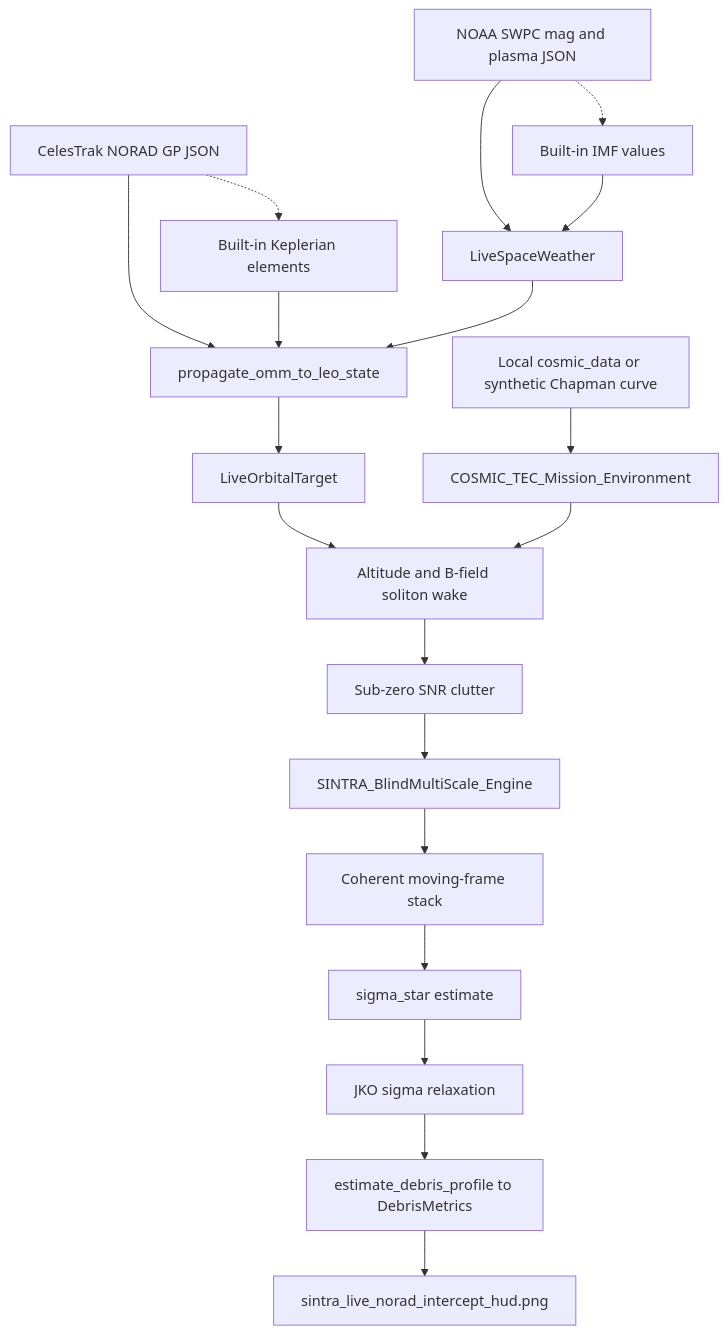
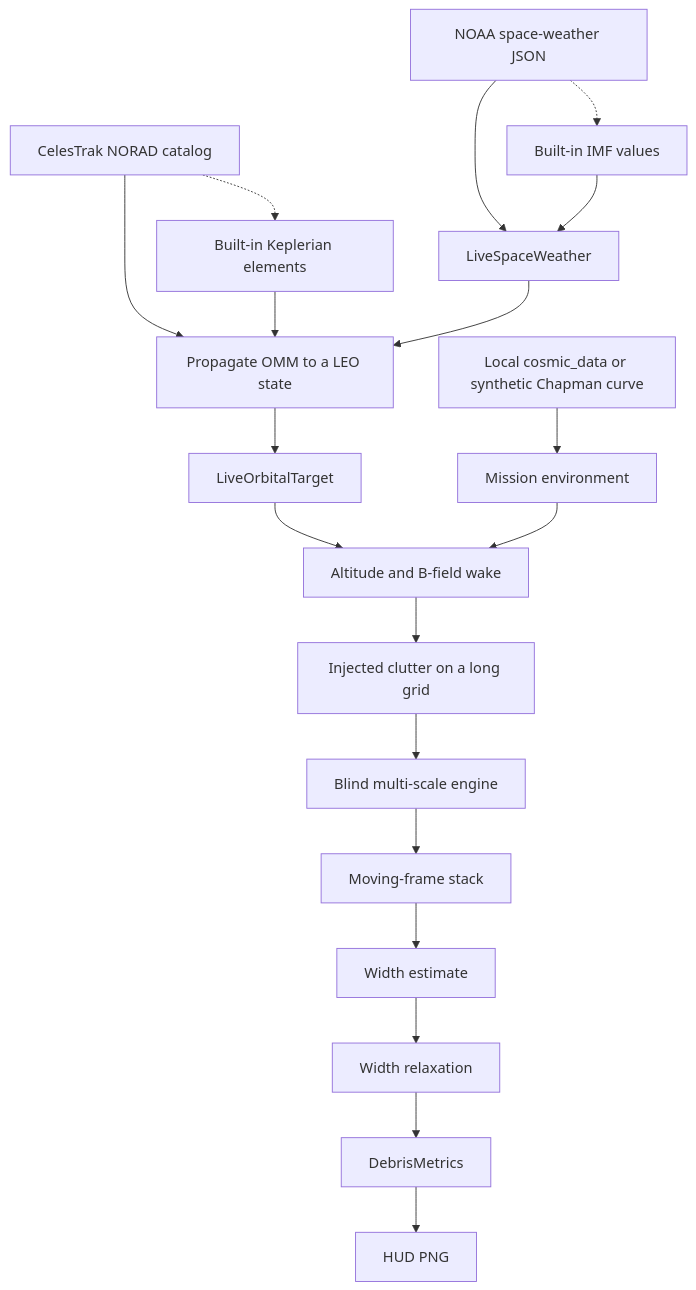
The first of 3 diagrams in README.md (code4johnm/sinatra_audit), drawn with Mermaid before and after one commit. The commit also changed other lines of this file and 10 other files, not shown here.

First line of the commit message:
Correct proof claims and fix Mermaid diagrams.

````diff
--- a/README.md
+++ b/README.md
@@ -54,39 +54,39 @@
 ```mermaid
-flowchart TD
-  noaa["NOAA SWPC mag and plasma JSON"]
-  cele["CelesTrak NORAD GP JSON"]
-  cosmic["Local cosmic_data or synthetic Chapman curve"]
-  sw["LiveSpaceWeather"]
-  swfb["Built-in IMF values"]
-  prop["propagate_omm_to_leo_state"]
-  kep["Built-in Keplerian elements"]
-  tgt["LiveOrbitalTarget"]
-  env["COSMIC_TEC_Mission_Environment"]
-  inject["Altitude and B-field soliton wake"]
-  clutter["Sub-zero SNR clutter"]
-  engine["SINTRA_BlindMultiScale_Engine"]
-  stack["Coherent moving-frame stack"]
-  sigma["sigma_star estimate"]
-  jko["JKO sigma relaxation"]
-  debris["estimate_debris_profile to DebrisMetrics"]
-  hud["sintra_live_norad_intercept_hud.png"]
+graph TD
+  noaa[NOAA space-weather JSON]
+  cele[CelesTrak NORAD catalog]
+  cosmic[Local cosmic_data or synthetic Chapman curve]
+  sw[LiveSpaceWeather]
+  fallback[Built-in IMF values]
+  prop[Propagate OMM to a LEO state]
+  kep[Built-in Keplerian elements]
+  tgt[LiveOrbitalTarget]
+  env[Mission environment]
+  inject[Altitude and B-field wake]
+  clutter[Injected clutter on a long grid]
+  engine[Blind multi-scale engine]
+  stack[Moving-frame stack]
+  sigma[Width estimate]
+  jko[Width relaxation]
+  debris[DebrisMetrics]
+  hud[HUD PNG]
 
   noaa --> sw
-  noaa -.-> swfb
-  swfb --> sw
+  noaa -.-> fallback
+  fallback --> sw
   cele --> prop
   cele -.-> kep
   kep --> prop
   sw --> prop
   prop --> tgt
   cosmic --> env
   tgt --> inject
   env --> inject
   inject --> clutter
   clutter --> engine
   engine --> stack
   stack --> sigma
   sigma --> jko
   jko --> debris
   debris --> hud
 ```
````
